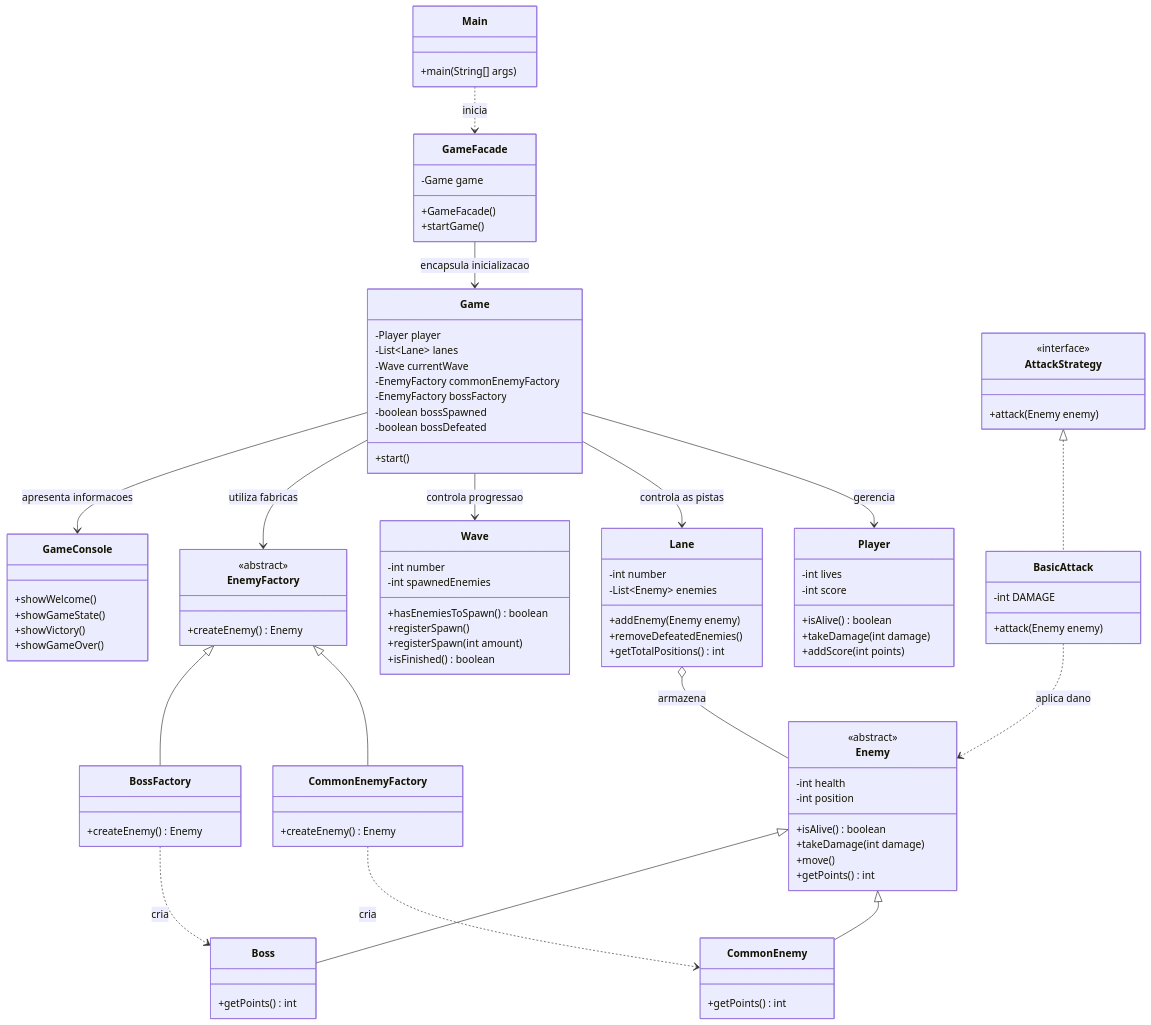
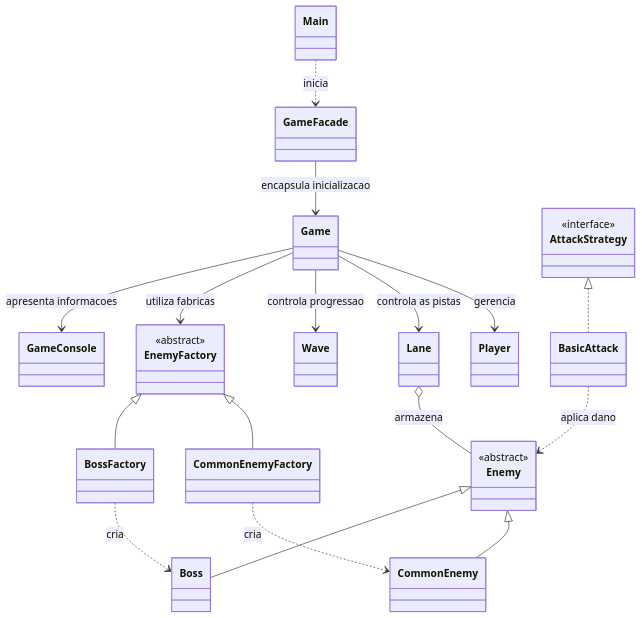
The second of 2 diagrams in README.md (gabrielesequeira/lane-based-combat-game), drawn with Mermaid before and after one commit. The commit also changed other lines of this file, not shown here.

Commit message:
updating UML

````diff
--- a/README.md
+++ b/README.md
@@ -285,98 +230,26 @@
 ```mermaid
 classDiagram
-    class Main {
-        +main(String[] args)
-    }
-
-    class GameFacade {
-        -Game game
-        +GameFacade()
-        +startGame()
-    }
-
-    class Game {
-        -Player player
-        -List~Lane~ lanes
-        -Wave currentWave
-        -EnemyFactory commonEnemyFactory
-        -EnemyFactory bossFactory
-        -boolean bossSpawned
-        -boolean bossDefeated
-        +start()
-    }
-
-    class Player {
-        -int lives
-        -int score
-        +isAlive() boolean
-        +takeDamage(int damage)
-        +addScore(int points)
-    }
-
-    class Lane {
-        -int number
-        -List~Enemy~ enemies
-        +addEnemy(Enemy enemy)
-        +removeDefeatedEnemies()
-        +getTotalPositions() int
-    }
-
+    class Main
+    class GameFacade
+    class Game
+    class Player
+    class Lane
     class Enemy {
         <<abstract>>
-        -int health
-        -int position
-        +isAlive() boolean
-        +takeDamage(int damage)
-        +move()
-        +getPoints() int
     }
-
-    class CommonEnemy {
-        +getPoints() int
-    }
-
-    class Boss {
-        +getPoints() int
-    }
-
-    class Wave {
-        -int number
-        -int spawnedEnemies
-        +hasEnemiesToSpawn() boolean
-        +registerSpawn()
-        +registerSpawn(int amount)
-        +isFinished() boolean
-    }
-
+    class CommonEnemy
+    class Boss
+    class Wave
     class EnemyFactory {
         <<abstract>>
-        +createEnemy() Enemy
     }
-
-    class CommonEnemyFactory {
-        +createEnemy() Enemy
-    }
-
-    class BossFactory {
-        +createEnemy() Enemy
-    }
-
+    class CommonEnemyFactory
+    class BossFactory
     class AttackStrategy {
         <<interface>>
-        +attack(Enemy enemy)
     }
-
-    class BasicAttack {
-        -int DAMAGE
-        +attack(Enemy enemy)
-    }
-
-    class GameConsole {
-        +showWelcome()
-        +showGameState()
-        +showVictory()
-        +showGameOver()
-    }
+    class BasicAttack
+    class GameConsole
 
     Main ..> GameFacade : inicia
     GameFacade --> Game : encapsula inicializacao
````
